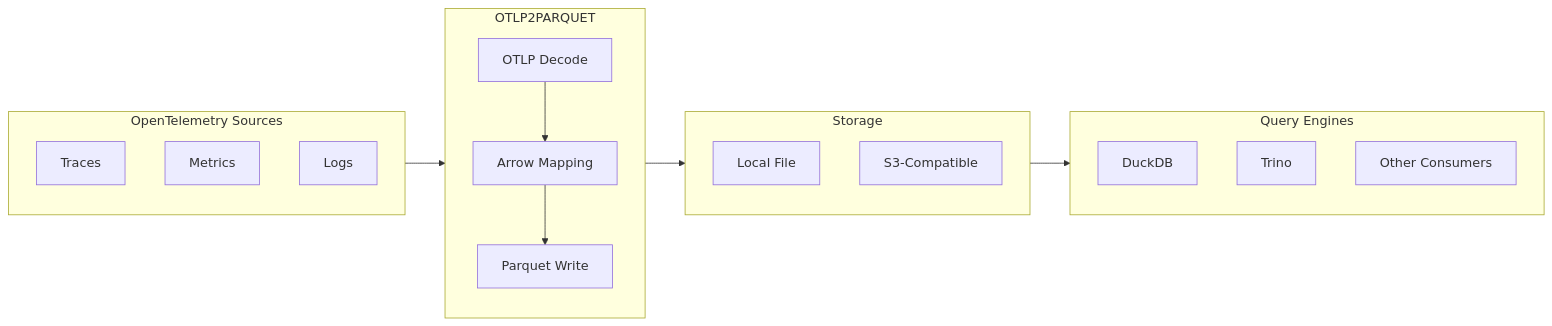
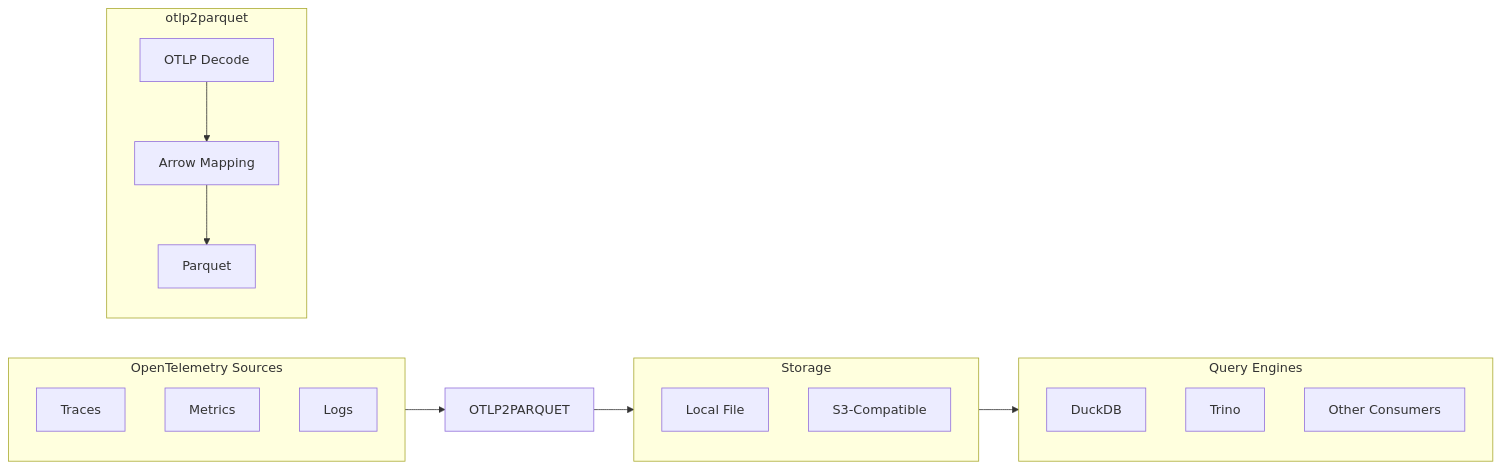
Before and after one commit to smithclay/otlp2parquet: the diagram in README.md, drawn with Mermaid. The commit also changed other lines of this file, not shown here.

````diff
--- a/README.md
+++ b/README.md
@@ -11,27 +11,27 @@
 ```mermaid
 flowchart LR
     subgraph Sources["OpenTelemetry Sources"]
         Traces
         Metrics
         Logs
     end
 
-    subgraph OTLP2PARQUET
-        Decode["OTLP Decode"] --> Arrow["Arrow Mapping"] --> Write["Parquet Write"]
+    subgraph otlp2parquet
+        Decode["OTLP Decode"] --> Arrow["Arrow Mapping"] --> Write["Parquet"]
     end
 
     subgraph Storage["Storage"]
         Local["Local File"]
         S3["S3-Compatible"]
     end
 
     subgraph Query["Query Engines"]
         DuckDB
         Trino
         Other["Other Consumers"]
     end
 
     Sources --> OTLP2PARQUET
     OTLP2PARQUET --> Storage
     Storage --> Query
 ```
````
